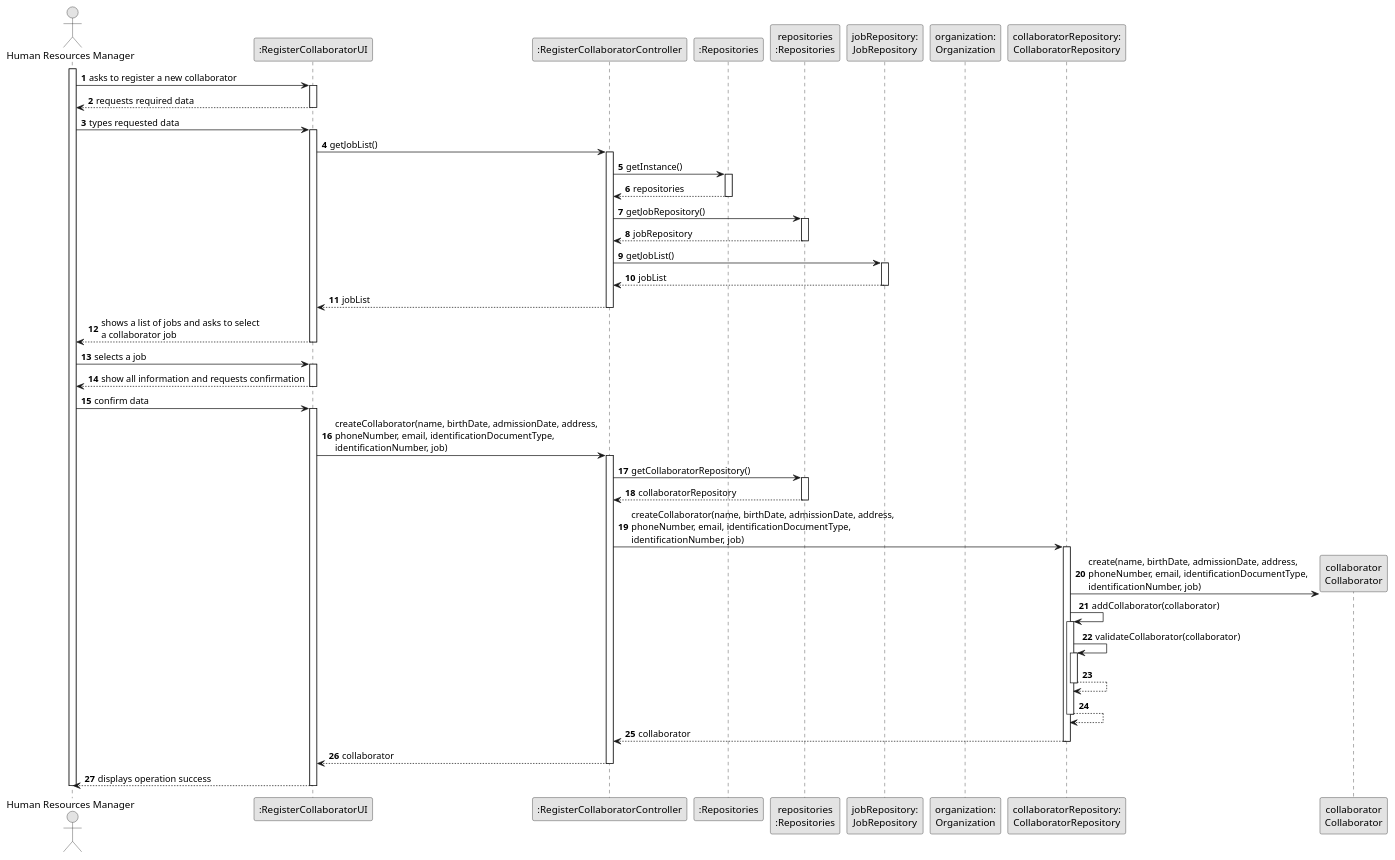
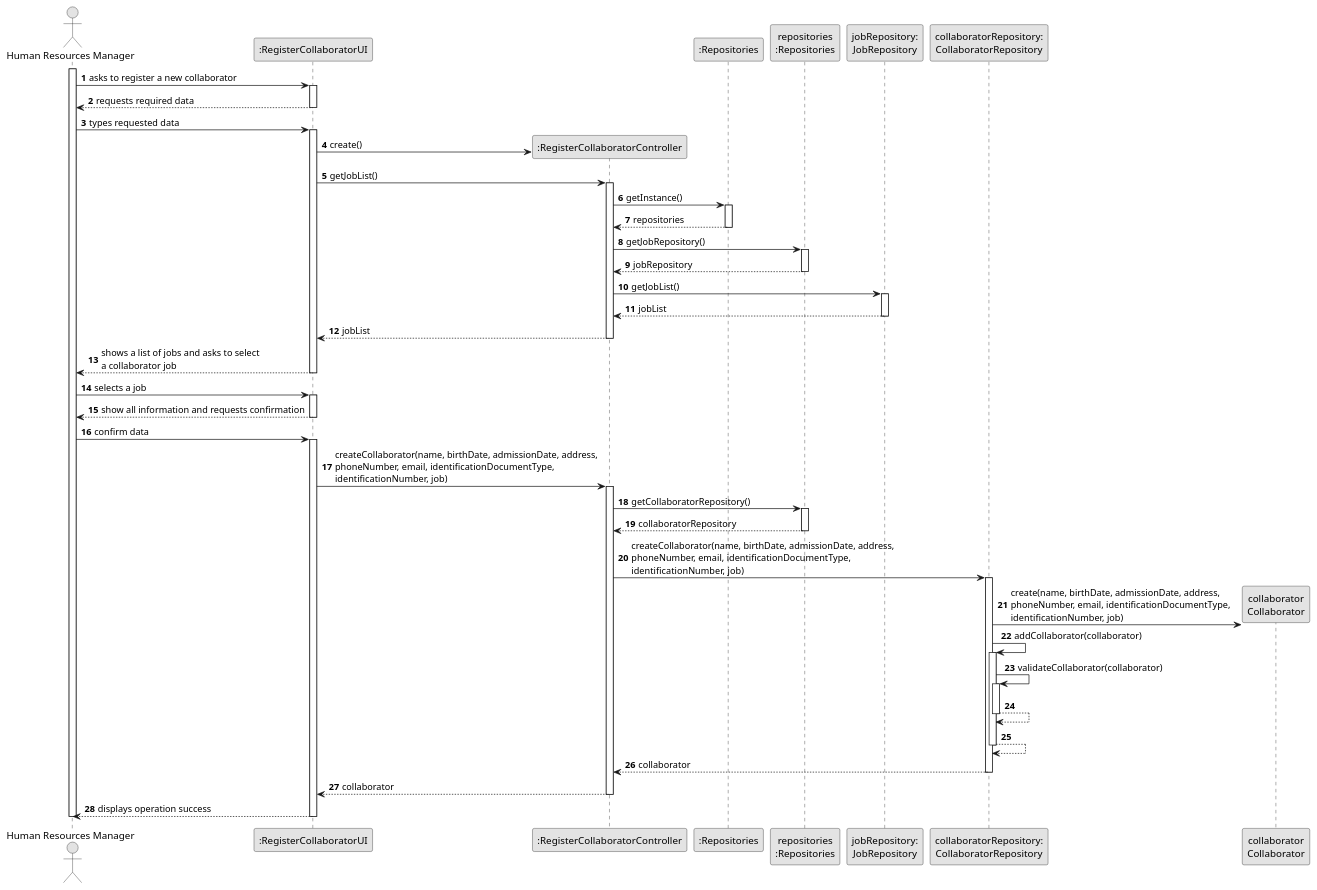
The diagram in docs/sprintB/us003/03.design/puml/us003-sequence-diagram-full.puml (Departamento-de-Engenharia-Informatica/lei-24-s2-1dkl-g134), drawn with PlantUML before and after one commit. The commit also changed 2 other files, not shown here.

```diff
--- a/docs/sprintB/us003/03.design/puml/us003-sequence-diagram-full.puml
+++ b/docs/sprintB/us003/03.design/puml/us003-sequence-diagram-full.puml
@@ -1,107 +1,108 @@
 @startuml
 skinparam monochrome true
 skinparam packageStyle rectangle
 skinparam shadowing false
 
 autonumber
 
 'hide footbox
 actor "Human Resources Manager" as ADM
 participant ":RegisterCollaboratorUI" as UI
 participant ":RegisterCollaboratorController" as CTRL
 participant ":Repositories" as RepositorySingleton
 participant "repositories\n:Repositories" as PLAT
 participant "jobRepository:\nJobRepository" as JobRepository
-participant "organization:\nOrganization" as Organization
 participant "collaboratorRepository:\nCollaboratorRepository" as CollaboratorRepository
 participant "collaborator\nCollaborator" as Collaborator
 
 activate ADM
 
         ADM -> UI : asks to register a new collaborator
 
         activate UI
 
             UI --> ADM: requests required data
             deactivate UI
 
             ADM -> UI : types requested data
             activate UI
+
+            UI -> CTRL** : create()
 
             UI -> CTRL : getJobList()
             activate CTRL
 
                 CTRL -> RepositorySingleton : getInstance()
                 activate RepositorySingleton
 
                     RepositorySingleton --> CTRL: repositories
                 deactivate RepositorySingleton
 
                 CTRL -> PLAT : getJobRepository()
                 activate PLAT
 
                     PLAT --> CTRL: jobRepository
                 deactivate PLAT
 
                 CTRL -> JobRepository : getJobList()
                 activate JobRepository
 
                     JobRepository --> CTRL : jobList
                 deactivate JobRepository
 
                 CTRL --> UI : jobList
             deactivate CTRL
 
             UI --> ADM : shows a list of jobs and asks to select\na collaborator job
         deactivate UI
 
     ADM -> UI : selects a job
     activate UI
 
         UI --> ADM : show all information and requests confirmation
     deactivate UI
 
     ADM -> UI : confirm data
     activate UI
 
     UI -> CTRL: createCollaborator(name, birthDate, admissionDate, address,\nphoneNumber, email, identificationDocumentType,\nidentificationNumber, job)
     activate CTRL
 
                 CTRL -> PLAT : getCollaboratorRepository()
                 activate PLAT
 
                     PLAT --> CTRL : collaboratorRepository
                 deactivate PLAT
 
                 CTRL -> CollaboratorRepository: createCollaborator(name, birthDate, admissionDate, address,\nphoneNumber, email, identificationDocumentType,\nidentificationNumber, job)
                 activate CollaboratorRepository
 
                 CollaboratorRepository -> Collaborator**: create(name, birthDate, admissionDate, address,\nphoneNumber, email, identificationDocumentType,\nidentificationNumber, job)
 
                 CollaboratorRepository -> CollaboratorRepository: addCollaborator(collaborator)
                 activate CollaboratorRepository
 
                 CollaboratorRepository -> CollaboratorRepository: validateCollaborator(collaborator)
                 activate CollaboratorRepository
 
                 CollaboratorRepository --> CollaboratorRepository
                 deactivate CollaboratorRepository
 
                 CollaboratorRepository --> CollaboratorRepository
                 deactivate CollaboratorRepository
 
                 CollaboratorRepository --> CTRL: collaborator
                 deactivate CollaboratorRepository
 
                 CTRL --> UI: collaborator
                 deactivate CTRL
 
                 UI --> ADM: displays operation success
 
 
 
     deactivate UI
 
 deactivate ADM
 
 @enduml
```
